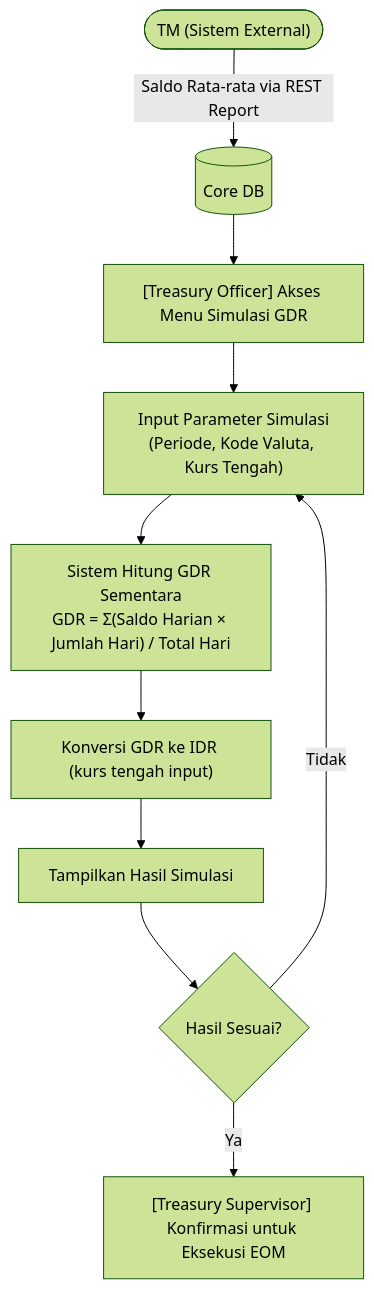
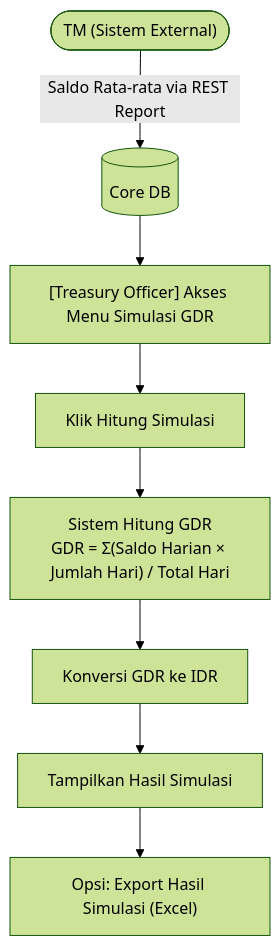
The eighth of 9 diagrams in docs/bcas/saku_valas/fsd_sakuvalas.md (wisnu/ibank-docs), drawn with Mermaid (forest theme) before and after one commit. The commit also changed other lines of this file, not shown here.

Commit message:
docs: refine GDR simulation process description and update output details in FSD Saku Valas

````diff
--- a/docs/bcas/saku_valas/fsd_sakuvalas.md
+++ b/docs/bcas/saku_valas/fsd_sakuvalas.md
@@ -611,12 +611,10 @@
 ```mermaid
 flowchart TD
     TM1(["TM (Sistem External)"]) -->|"Saldo Rata-rata via REST Report"| DB[("Core DB")]
     DB --> A["[Treasury Officer] Akses Menu Simulasi GDR"]
-    A --> B["Input Parameter Simulasi\n(Periode, Kode Valuta, Kurs Tengah)"]
-    B --> C["Sistem Hitung GDR Sementara\nGDR = Σ(Saldo Harian × Jumlah Hari) / Total Hari"]
-    C --> D["Konversi GDR ke IDR (kurs tengah input)"]
+    A --> B["Klik Hitung Simulasi"]
+    B --> C["Sistem Hitung GDR\nGDR = Σ(Saldo Harian × Jumlah Hari) / Total Hari"]
+    C --> D["Konversi GDR ke IDR"]
     D --> E["Tampilkan Hasil Simulasi"]
-    E --> F{"Hasil Sesuai?"}
-    F -->|Ya| G["[Treasury Supervisor] Konfirmasi untuk Eksekusi EOM"]
-    F -->|Tidak| B
+    E --> F["Opsi: Export Hasil Simulasi (Excel)"]
 ```
````
